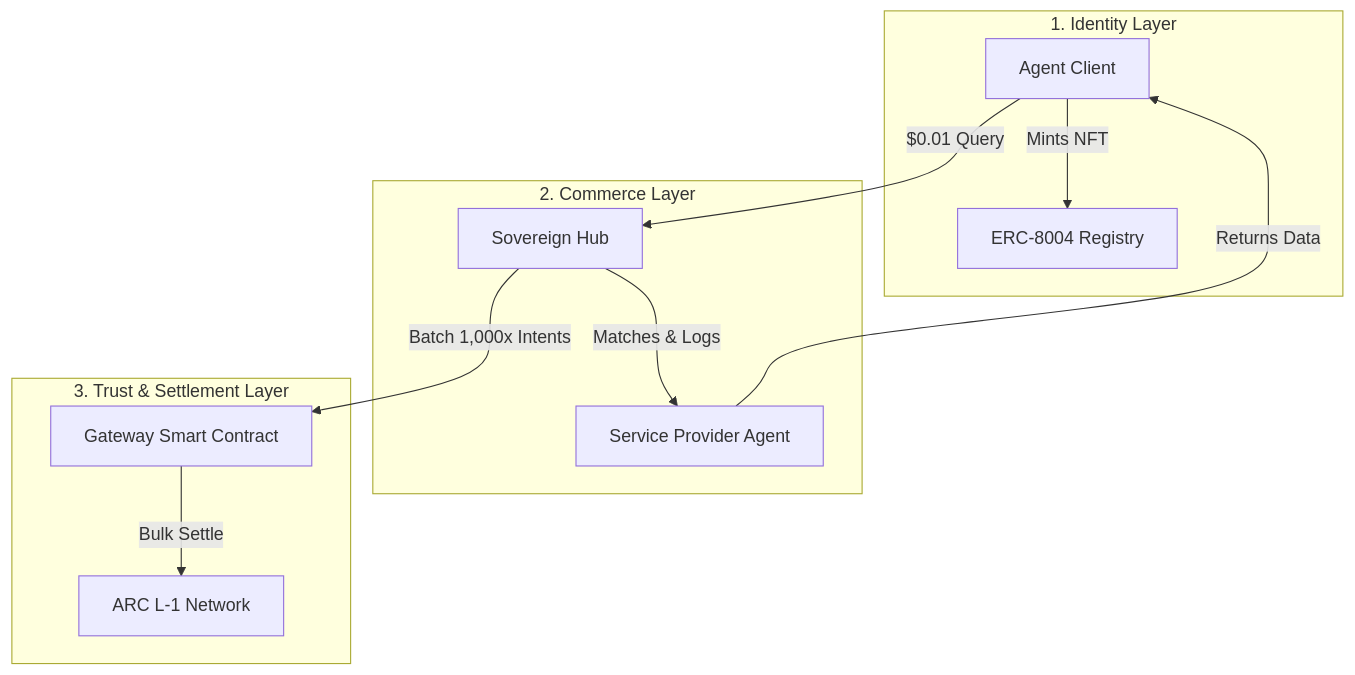
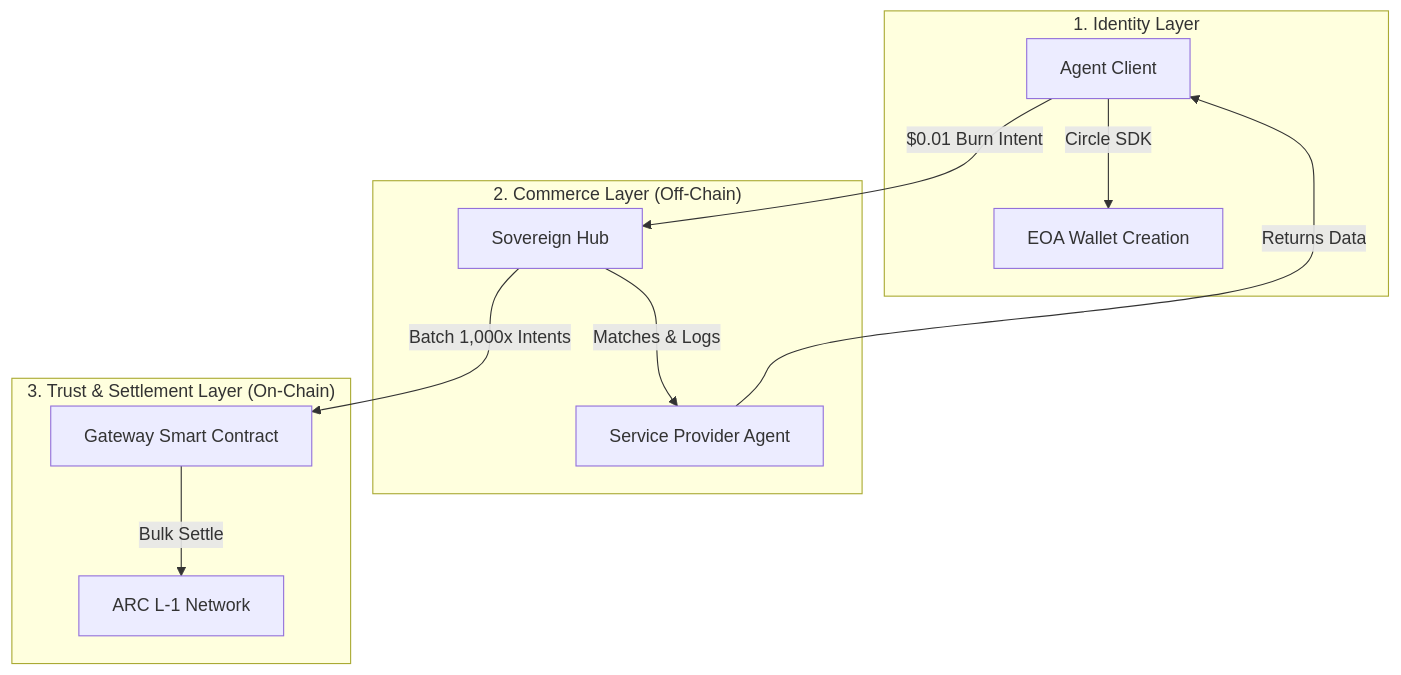
The fourth of 4 diagrams in README.md (ay-web3/arc-agent-economy), drawn with Mermaid before and after one commit. The commit also changed other lines of this file, not shown here.

Commit message:
docs: add comprehensive economic engine architectures for staking, slashing, and burn intents; remove ERC-8004 references

````diff
--- a/README.md
+++ b/README.md
@@ -33,17 +77,17 @@
 ```mermaid
 graph TD
     subgraph "1. Identity Layer"
-        A[Agent Client] -->|Mints NFT| ERC[ERC-8004 Registry]
+        A[Agent Client] -->|Circle SDK| WALLET[EOA Wallet Creation]
     end
     
-    subgraph "2. Commerce Layer"
-        A -->|$0.01 Query| HUB[Sovereign Hub]
+    subgraph "2. Commerce Layer (Off-Chain)"
+        A -->|$0.01 Burn Intent| HUB[Sovereign Hub]
         HUB -->|Matches & Logs| SVC[Service Provider Agent]
         SVC -->|Returns Data| A
     end
     
-    subgraph "3. Trust & Settlement Layer"
+    subgraph "3. Trust & Settlement Layer (On-Chain)"
         HUB -->|Batch 1,000x Intents| GATE[Gateway Smart Contract]
         GATE -->|Bulk Settle| ARC[ARC L-1 Network]
     end
 ```
````
